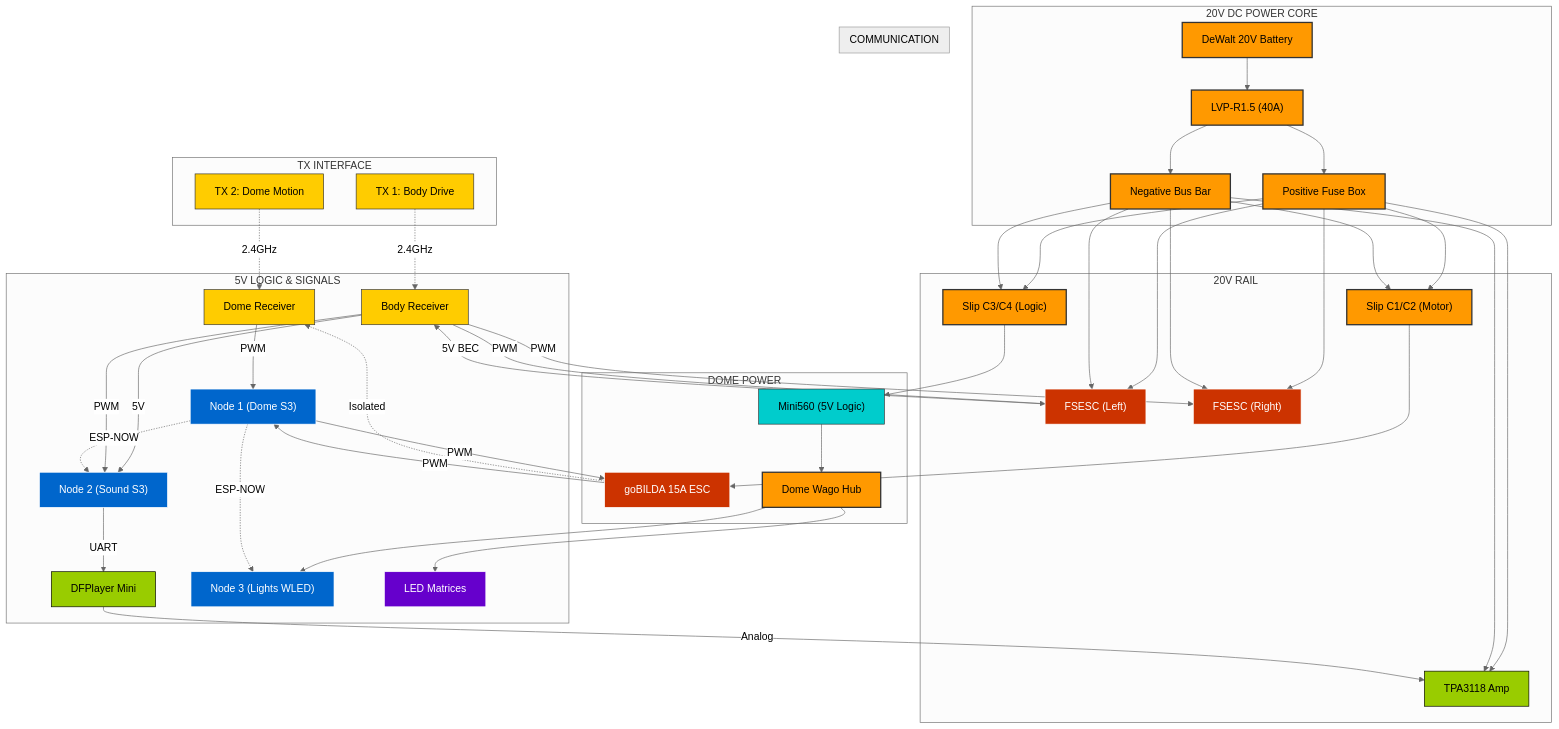
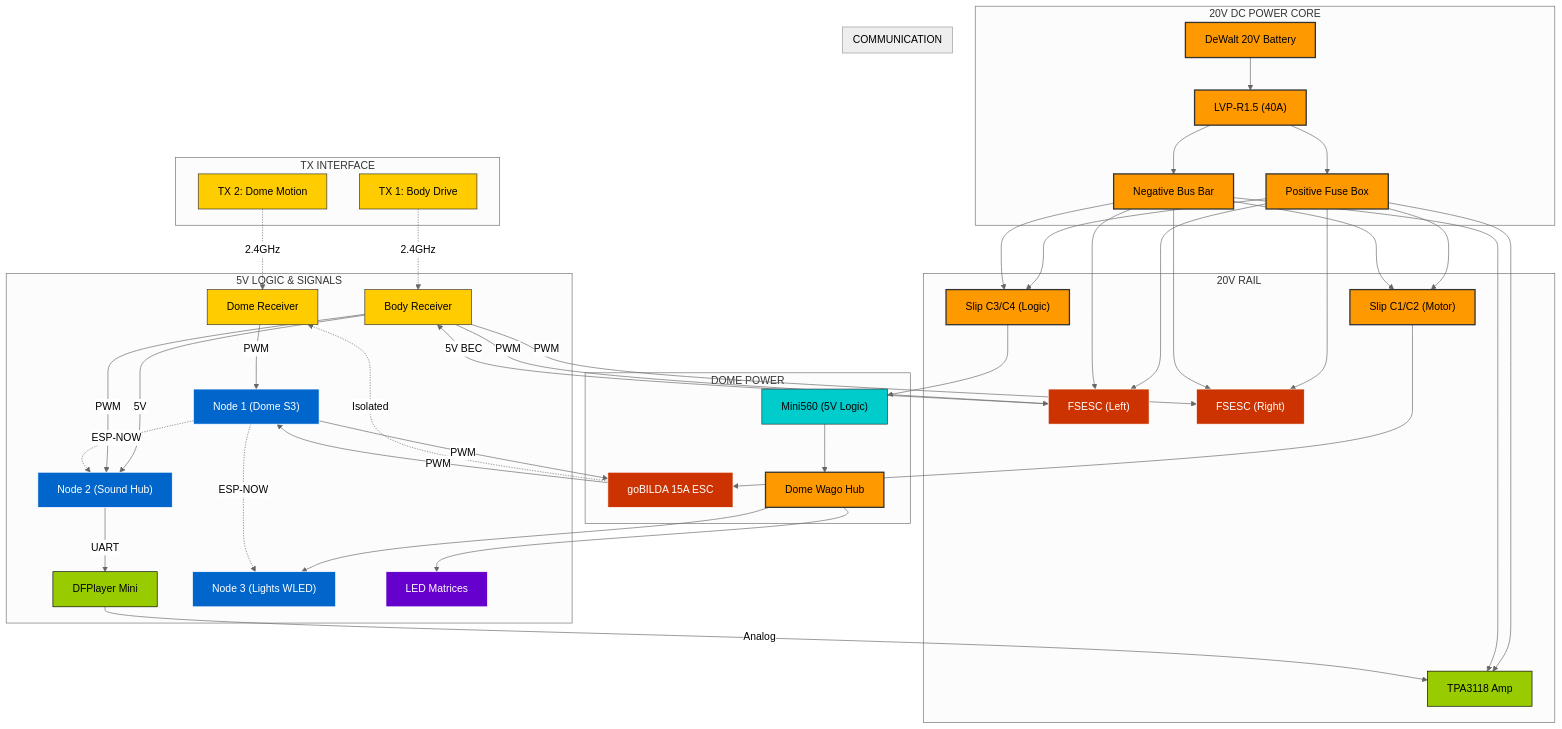
Before and after one commit to Ruzzler/Wee2-D2: the diagram in docs/architecture/electrical-schematic.md, drawn with Mermaid (neutral theme). The commit also changed 1 other file, not shown here.

Commit message:
docs: finalize Node Mesh 2.0 remapping in schematic and agents manifest

````diff
--- a/docs/architecture/electrical-schematic.md
+++ b/docs/architecture/electrical-schematic.md
@@ -14,81 +14,81 @@
 ```mermaid
 flowchart TD
  subgraph TRANSMITTERS [TX INTERFACE]
  TX1["TX 1: Body Drive"]:::signal
  TX2["TX 2: Dome Motion"]:::signal
  end
 
  subgraph POWER_CORE [20V DC POWER CORE]
  BAT["DeWalt 20V Battery"]:::power --> LVC["LVP-R1.5 (40A)"]:::power
  LVC --> POS_FUSE["Positive Fuse Box"]:::power
  LVC --> NEG_BUS["Negative Bus Bar"]:::power
  end
 
  subgraph HIGH_POWER [20V RAIL]
  POS_FUSE --> ESC1["FSESC (Left)"]:::drive
  POS_FUSE --> ESC2["FSESC (Right)"]:::drive
  POS_FUSE --> AMP["TPA3118 Amp"]:::audio
  POS_FUSE --> SLIP1["Slip C1/C2 (Motor)"]:::power
  POS_FUSE --> SLIP2["Slip C3/C4 (Logic)"]:::power
 
  NEG_BUS --> ESC1
  NEG_BUS --> ESC2
  NEG_BUS --> AMP
  NEG_BUS --> SLIP1
  NEG_BUS --> SLIP2
  end
 
  subgraph DOME_DISTRIBUTION [DOME POWER]
  SLIP1 --> DOME_ESC["goBILDA 15A ESC"]:::drive
  SLIP2 --> DOME_BUCK["Mini560 (5V Logic)"]:::logic
  DOME_BUCK --> DOME_WAGOS["Dome Wago Hub"]:::power
  end
 
  subgraph LOGIC_RAIL [5V LOGIC & SIGNALS]
  ESC1 -->|5V BEC| RC1["Body Receiver"]:::signal
- RC1 -->|5V| Node1["Node 2 (Sound S3)"]:::brain
- Node1 -->|UART| AUDIO["DFPlayer Mini"]:::audio
+ RC1 -->|5V| Node2["Node 2 (Sound Hub)"]:::brain
+ Node2 -->|UART| AUDIO["DFPlayer Mini"]:::audio
  
  DOME_ESC -.->|Isolated| RC2["Dome Receiver"]:::signal
 
- DOME_WAGOS --> Node2["Node 3 (Lights WLED)"]:::brain
- DOME_ESC -->|PWM| Node3["Node 1 (Dome S3)"]:::brain
+ DOME_WAGOS --> Node3["Node 3 (Lights WLED)"]:::brain
+ DOME_ESC -->|PWM| Node1["Node 1 (Dome S3)"]:::brain
  DOME_WAGOS --> LEDS["LED Matrices"]:::lights
  end
 
  subgraph INTERCONNECTS [COMMUNICATION]
  TX1 -.->|2.4GHz| RC1
  TX2 -.->|2.4GHz| RC2
  RC1 -->|PWM| ESC1
  RC1 -->|PWM| ESC2
- RC1 -->|PWM| Node1
- RC2 -->|PWM| Node3
- Node3 -->|PWM| DOME_ESC
+ RC1 -->|PWM| Node2
+ RC2 -->|PWM| Node1
+ Node1 -->|PWM| DOME_ESC
  AUDIO -->|Analog| AMP
- Node3 -.->|ESP-NOW| Node1
- Node3 -.->|ESP-NOW| Node2
+ Node1 -.->|ESP-NOW| Node2
+ Node1 -.->|ESP-NOW| Node3
  end
 
  %% Technical Manual Links
  click BAT href "../maintenance/battery-runtime-guide.md" "Battery Guide"
  click LVC href "../hardware/mgcstem-lvp-r15-manual.md" "LVP Manual"
  click ESC1 href "../hardware/flipsky-fsesc-67-pro-manual.md" "ESC Manual"
  click ESC2 href "../hardware/flipsky-fsesc-67-pro-manual.md" "ESC Manual"
  click AUDIO href "../hardware/dfplayer-mini-spec.md" "Audio Hub Spec"
  click SLIP1 href "node-pinout-guide.md" "Slip Ring Pinouts"
  click DOME_BUCK href "../bill-of-materials.md" "BOM"
  click RC1 href "../hardware/hotrc-f06a-manual.md" "Receiver Manual"
  click RC2 href "../hardware/hotrc-f06a-manual.md" "Receiver Manual"
- click Node1 href "node-2-sound-hub-spec.md" "Node 2 Spec"
- click Node2 href "node-3-led-distribution-spec.md" "Node 3 Spec"
- click Node3 href "node-1-dome-motion-spec.md" "Node 1 Spec"
+ click Node1 href "node-1-dome-motion-spec.md" "Node 1 Spec"
+ click Node2 href "node-2-sound-hub-spec.md" "Node 2 Spec"
+ click Node3 href "node-3-led-distribution-spec.md" "Node 3 Spec"
  click DOME_ESC href "../hardware/gobilda-motor-manual.md" "Motor Manual"
 
  classDef power fill:#ff9900,stroke:#333,stroke-width:2px,color:#000
  classDef drive fill:#cc3300,stroke:#fff,color:#fff
  classDef logic fill:#00cccc,stroke:#333,color:#000
  classDef brain fill:#0066cc,stroke:#fff,color:#fff
  classDef audio fill:#99cc00,stroke:#000,color:#000
  classDef signal fill:#ffcc00,stroke:#333,color:#000
  classDef lights fill:#6600cc,stroke:#fff,color:#fff
 ```
````
